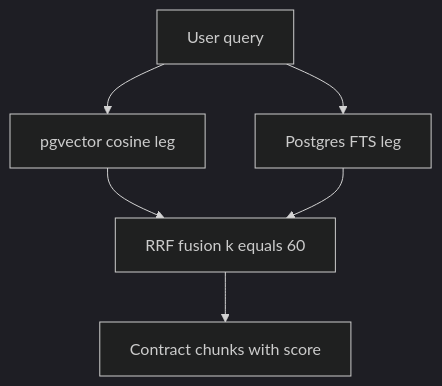
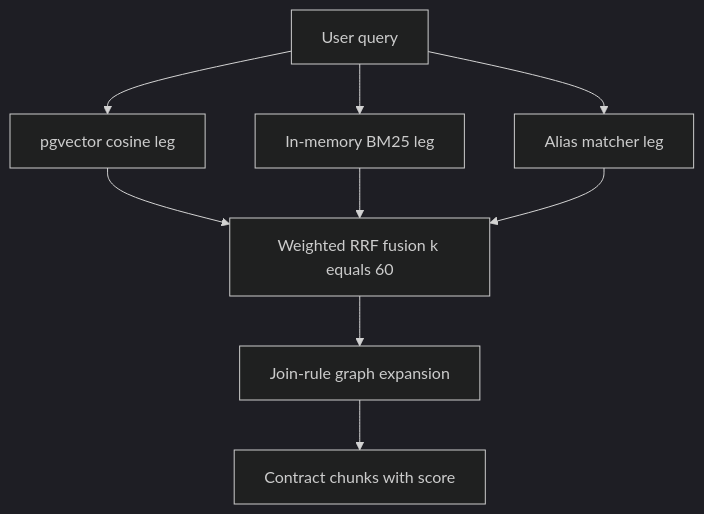
Before and after one commit to NDTruongDanh/SE373-Analytics-Agent: the second of 2 diagrams in openwiki/agent/semantic-layer.md, drawn with Mermaid (dark theme). The commit also changed other lines of this file and 6 other files, not shown here.

````diff
--- a/openwiki/agent/semantic-layer.md
+++ b/openwiki/agent/semantic-layer.md
@@ -132,8 +136,11 @@
 ```mermaid
 flowchart TD
   Q["User query"] --> D["pgvector cosine leg"]
-  Q --> L["Postgres FTS leg"]
-  D --> R["RRF fusion k equals 60"]
-  L --> R
-  R --> S["Contract chunks with score"]
+  Q --> B["In-memory BM25 leg"]
+  Q --> A["Alias matcher leg"]
+  D --> R["Weighted RRF fusion k equals 60"]
+  B --> R
+  A --> R
+  R --> J["Join-rule graph expansion"]
+  J --> S["Contract chunks with score"]
 ```
````
